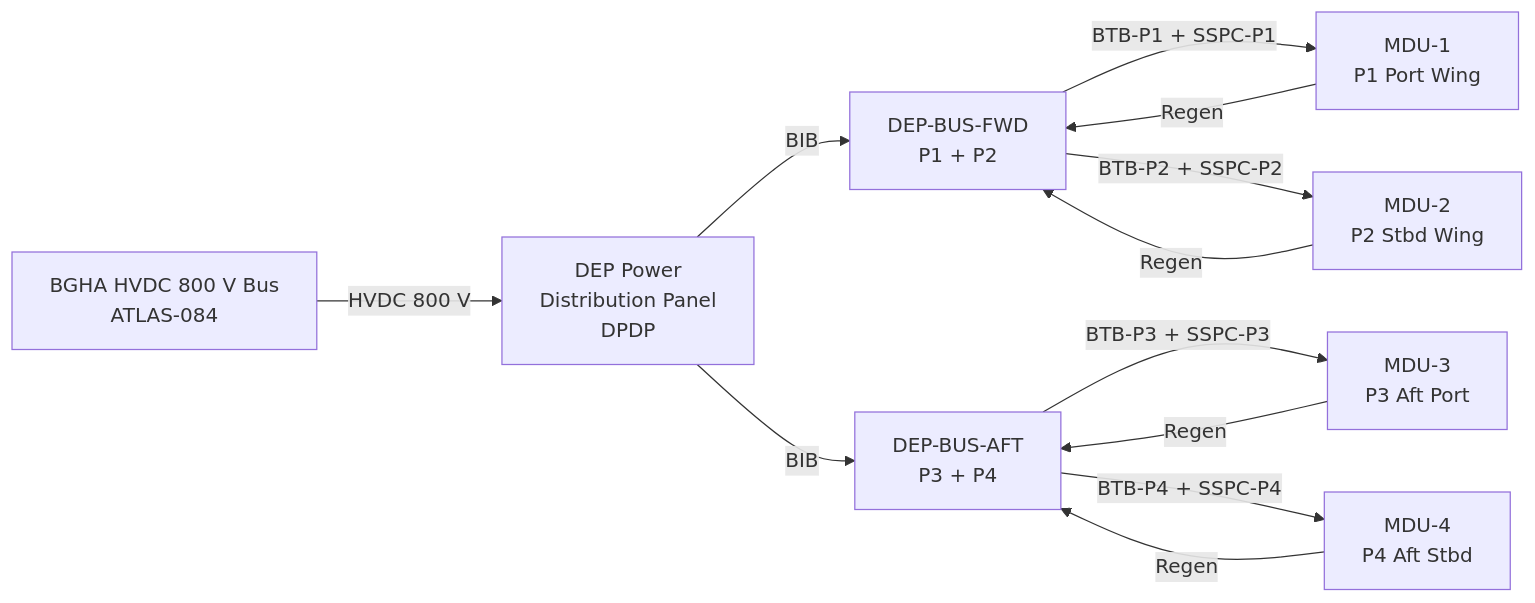
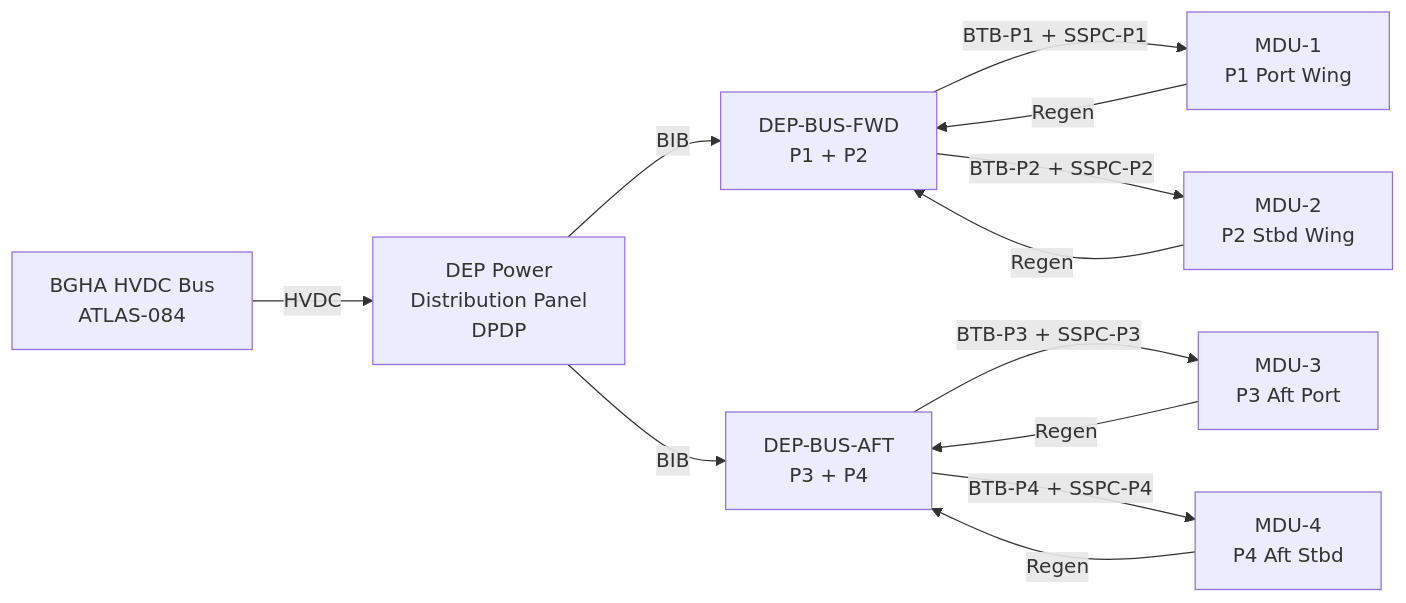
The diagram in Q+ATLANTIDE/000-099_ATLAS/080-089_Propulsion-Alternativa-y-Cuantica/085_Distributed-Electric-Propulsion-Architecture/085-040-Power-Distribution-and-Energy-Management-Interfaces.md (AmedeoPelliccia/Qplus-For-All-Queer-People-and-Quantum), drawn with Mermaid before and after one commit. The commit also changed other lines of this file and 676 other files, not shown here.

````diff
--- a/Q+ATLANTIDE/000-099_ATLAS/080-089_Propulsion-Alternativa-y-Cuantica/085_Distributed-Electric-Propulsion-Architecture/085-040-Power-Distribution-and-Energy-Management-Interfaces.md
+++ b/Q+ATLANTIDE/000-099_ATLAS/080-089_Propulsion-Alternativa-y-Cuantica/085_Distributed-Electric-Propulsion-Architecture/085-040-Power-Distribution-and-Energy-Management-Interfaces.md
@@ -66,14 +67,14 @@
 ```mermaid
 flowchart LR
-    BGHA[BGHA HVDC 800 V Bus\nATLAS-084] -->|HVDC 800 V| DPDP[DEP Power\nDistribution Panel\nDPDP]
+    BGHA[BGHA HVDC <NOMINAL-VOLTAGE> Bus\nATLAS-084] -->|HVDC <NOMINAL-VOLTAGE>| DPDP[DEP Power\nDistribution Panel\nDPDP]
     DPDP -->|BIB| FWD[DEP-BUS-FWD\nP1 + P2]
     DPDP -->|BIB| AFT[DEP-BUS-AFT\nP3 + P4]
     FWD -->|BTB-P1 + SSPC-P1| MDU1[MDU-1\nP1 Port Wing]
     FWD -->|BTB-P2 + SSPC-P2| MDU2[MDU-2\nP2 Stbd Wing]
     AFT -->|BTB-P3 + SSPC-P3| MDU3[MDU-3\nP3 Aft Port]
     AFT -->|BTB-P4 + SSPC-P4| MDU4[MDU-4\nP4 Aft Stbd]
     MDU1 -->|Regen| FWD
     MDU2 -->|Regen| FWD
     MDU3 -->|Regen| AFT
     MDU4 -->|Regen| AFT
 ```
````
